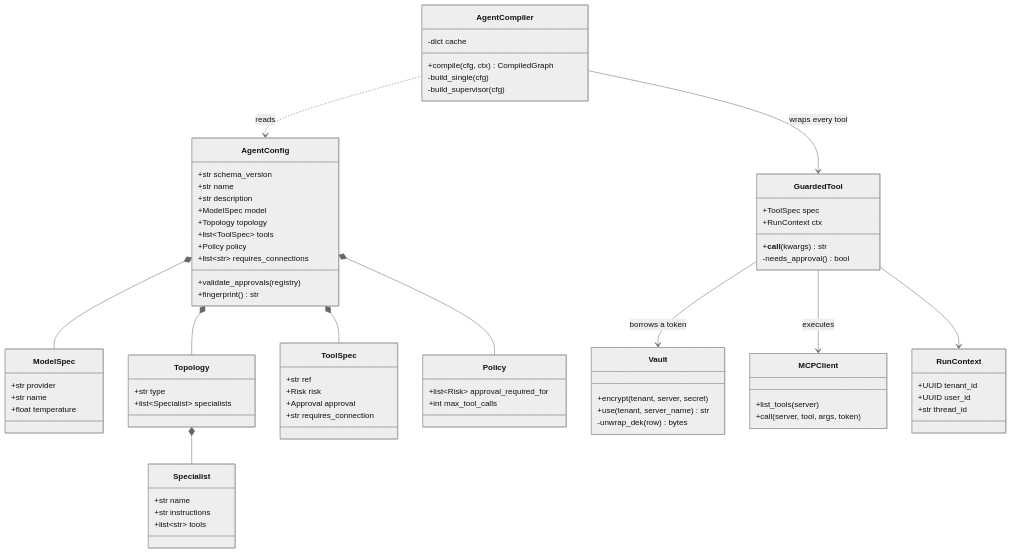
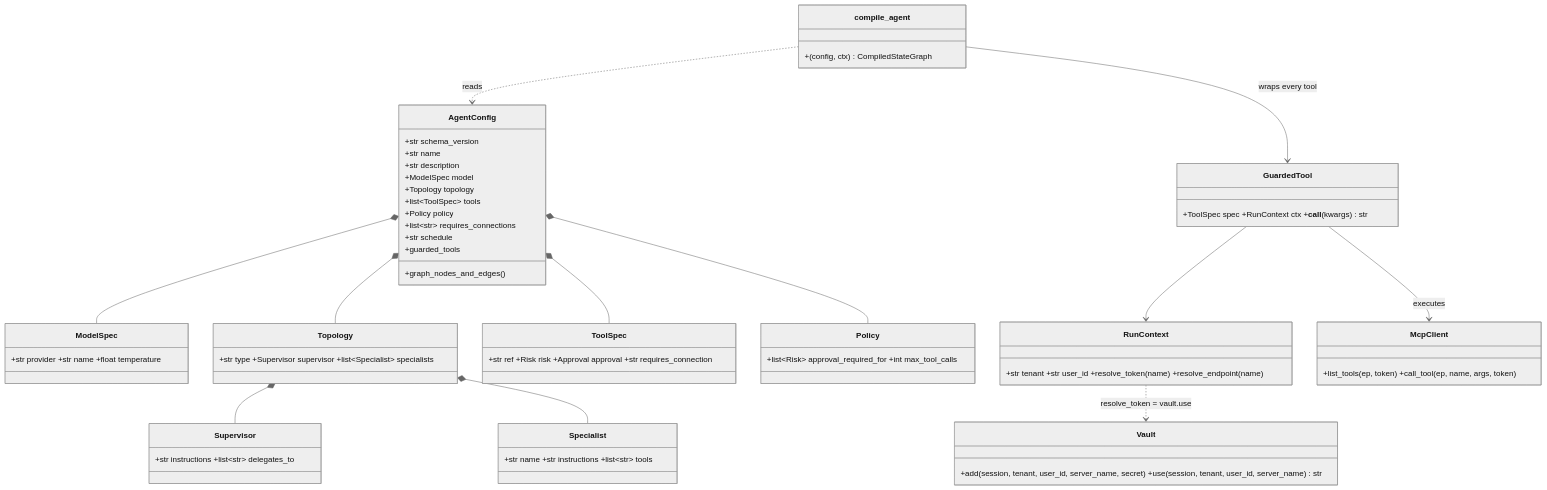
Before and after one commit to Shivanilarokar/AgentPlatformCapstone: diagram 12 of 15 in docs/DESIGN.md, drawn with Mermaid (neutral theme). The commit also changed other lines of this file and 44 other files, not shown here.

````diff
--- a/docs/DESIGN.md
+++ b/docs/DESIGN.md
@@ -562,76 +417,39 @@
 ```mermaid
 classDiagram
     class AgentConfig {
         +str schema_version
         +str name
         +str description
         +ModelSpec model
         +Topology topology
         +list~ToolSpec~ tools
         +Policy policy
         +list~str~ requires_connections
-        +validate_approvals(registry)
-        +fingerprint() str
+        +str schedule
+        +guarded_tools
+        +graph_nodes_and_edges()
     }
-    class ModelSpec {
-        +str provider
-        +str name
-        +float temperature
-    }
-    class Topology {
-        +str type
-        +list~Specialist~ specialists
-    }
-    class Specialist {
-        +str name
-        +str instructions
-        +list~str~ tools
-    }
-    class ToolSpec {
-        +str ref
-        +Risk risk
-        +Approval approval
-        +str requires_connection
-    }
-    class Policy {
-        +list~Risk~ approval_required_for
-        +int max_tool_calls
-    }
-    class AgentCompiler {
-        -dict cache
-        +compile(cfg, ctx) CompiledGraph
-        -build_single(cfg)
-        -build_supervisor(cfg)
-    }
-    class GuardedTool {
-        +ToolSpec spec
-        +RunContext ctx
-        +__call__(kwargs) str
-        -needs_approval() bool
-    }
-    class Vault {
-        +encrypt(tenant, server, secret)
-        +use(tenant, server_name) str
-        -unwrap_dek(row) bytes
-    }
-    class MCPClient {
-        +list_tools(server)
-        +call(server, tool, args, token)
-    }
-    class RunContext {
-        +UUID tenant_id
-        +UUID user_id
-        +str thread_id
-    }
+    class ModelSpec { +str provider +str name +float temperature }
+    class Topology { +str type +Supervisor supervisor +list~Specialist~ specialists }
+    class Supervisor { +str instructions +list~str~ delegates_to }
+    class Specialist { +str name +str instructions +list~str~ tools }
+    class ToolSpec { +str ref +Risk risk +Approval approval +str requires_connection }
+    class Policy { +list~Risk~ approval_required_for +int max_tool_calls }
+    class RunContext { +str tenant +str user_id +resolve_token(name) +resolve_endpoint(name) }
+    class GuardedTool { +ToolSpec spec +RunContext ctx +__call__(kwargs) str }
+    class compile_agent { +(config, ctx) CompiledStateGraph }
+    class Vault { +add(session, tenant, user_id, server_name, secret) +use(session, tenant, user_id, server_name) str }
+    class McpClient { +list_tools(ep, token) +call_tool(ep, name, args, token) }
 
     AgentConfig *-- ModelSpec
     AgentConfig *-- Topology
     AgentConfig *-- ToolSpec
     AgentConfig *-- Policy
+    Topology *-- Supervisor
     Topology *-- Specialist
-    AgentCompiler ..> AgentConfig : reads
-    AgentCompiler --> GuardedTool : wraps every tool
-    GuardedTool --> Vault : borrows a token
-    GuardedTool --> MCPClient : executes
+    compile_agent ..> AgentConfig : reads
+    compile_agent --> GuardedTool : wraps every tool
     GuardedTool --> RunContext
+    RunContext ..> Vault : resolve_token = vault.use
+    GuardedTool --> McpClient : executes
 ```
````
